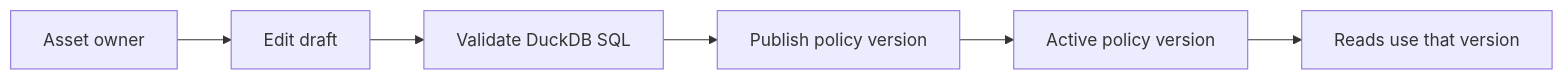
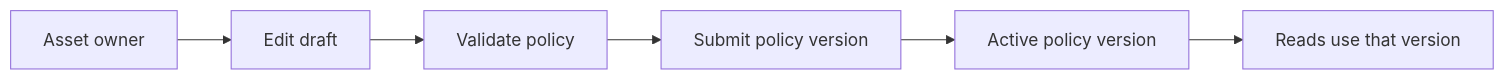
One commit to snithish/dal-obscura changed the first of 2 diagrams in docs/policy-authoring.md. Above: the diagram before and after it, drawn with Mermaid. The commit also changed other lines of this file and 10 other files, not shown here.

````diff
--- a/docs/policy-authoring.md
+++ b/docs/policy-authoring.md
@@ -9,8 +19,8 @@
 ```mermaid
 flowchart LR
     owner["Asset owner"] --> draft["Edit draft"]
-    draft --> validate["Validate DuckDB SQL"]
-    validate --> publish["Publish policy version"]
+    draft --> validate["Validate policy"]
+    validate --> publish["Submit policy version"]
     publish --> active["Active policy version"]
     active --> read["Reads use that version"]
 ```
````
